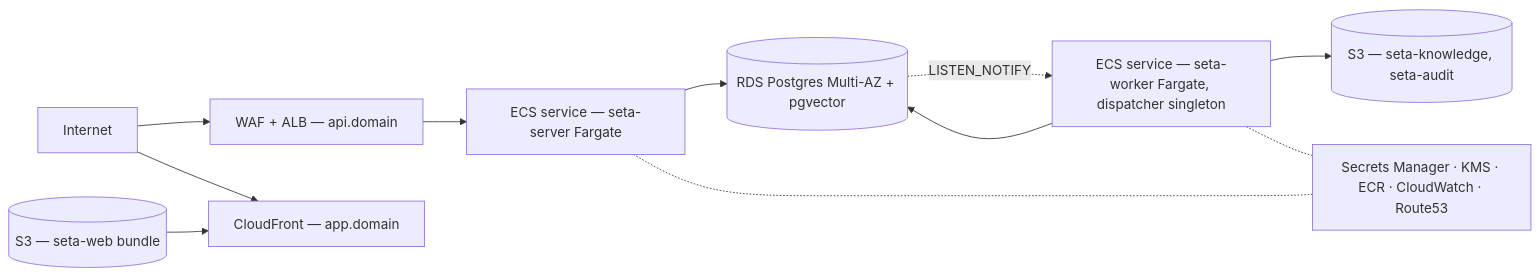
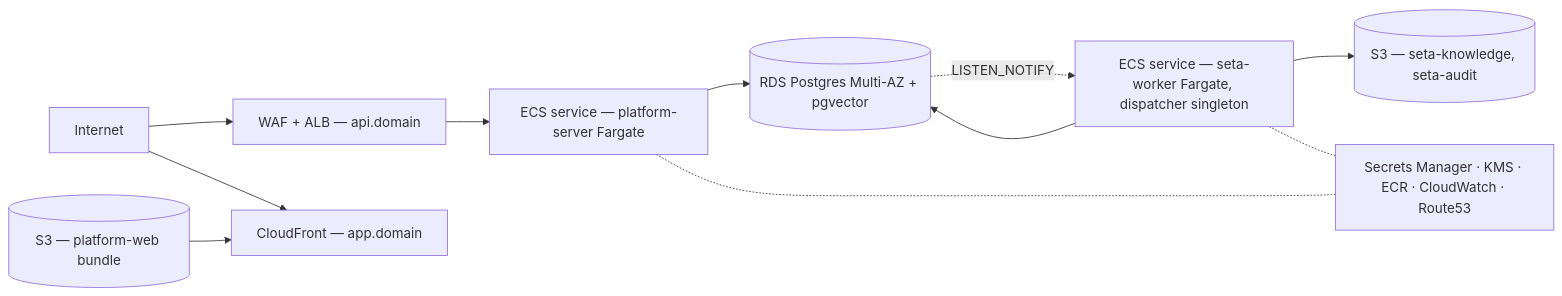
One commit to Seta-International/agent-platform changed the second of 3 diagrams in docs/hosting/aws.md. Above: the diagram before and after it, drawn with Mermaid. The commit also changed other lines of this file and 227 other files, not shown here.

First line of the commit message:
refactor: update environment variable references from SETA to PLATFORM

````diff
--- a/docs/hosting/aws.md
+++ b/docs/hosting/aws.md
@@ -75,23 +75,23 @@
 ```mermaid
 flowchart LR
     Internet[Internet]
     WAF[WAF + ALB — api.domain]
-    Srv[ECS service — seta-server Fargate]
+    Srv[ECS service — platform-server Fargate]
     Wrk[ECS service — seta-worker Fargate, dispatcher singleton]
     RDS[(RDS Postgres Multi-AZ + pgvector)]
     KnowS3[(S3 — seta-knowledge, seta-audit)]
-    WebS3[(S3 — seta-web bundle)]
+    WebS3[(S3 — platform-web bundle)]
     CF[CloudFront — app.domain]
     Plane[Secrets Manager · KMS · ECR · CloudWatch · Route53]
 
     Internet --> WAF --> Srv
     Srv --> RDS
     Wrk --> RDS
     RDS -.->|LISTEN_NOTIFY| Wrk
     Wrk --> KnowS3
     WebS3 --> CF
     Internet --> CF
 
     Srv -.- Plane
     Wrk -.- Plane
 ```
````
